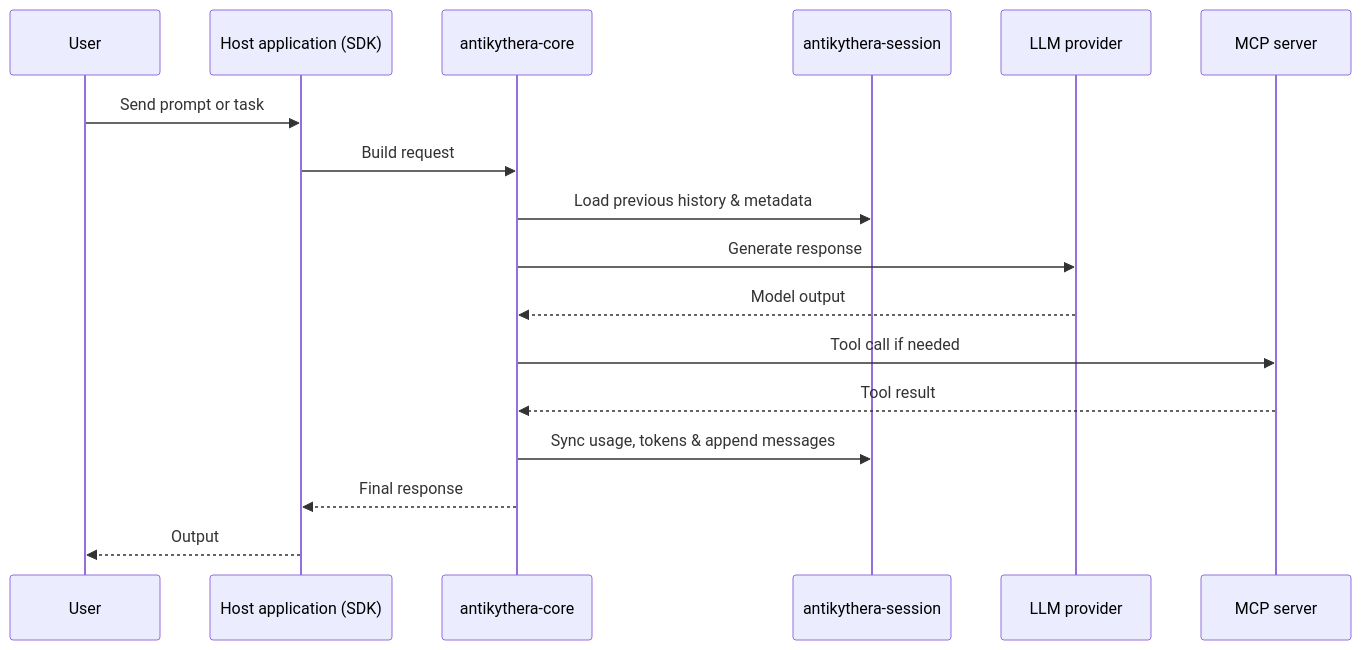
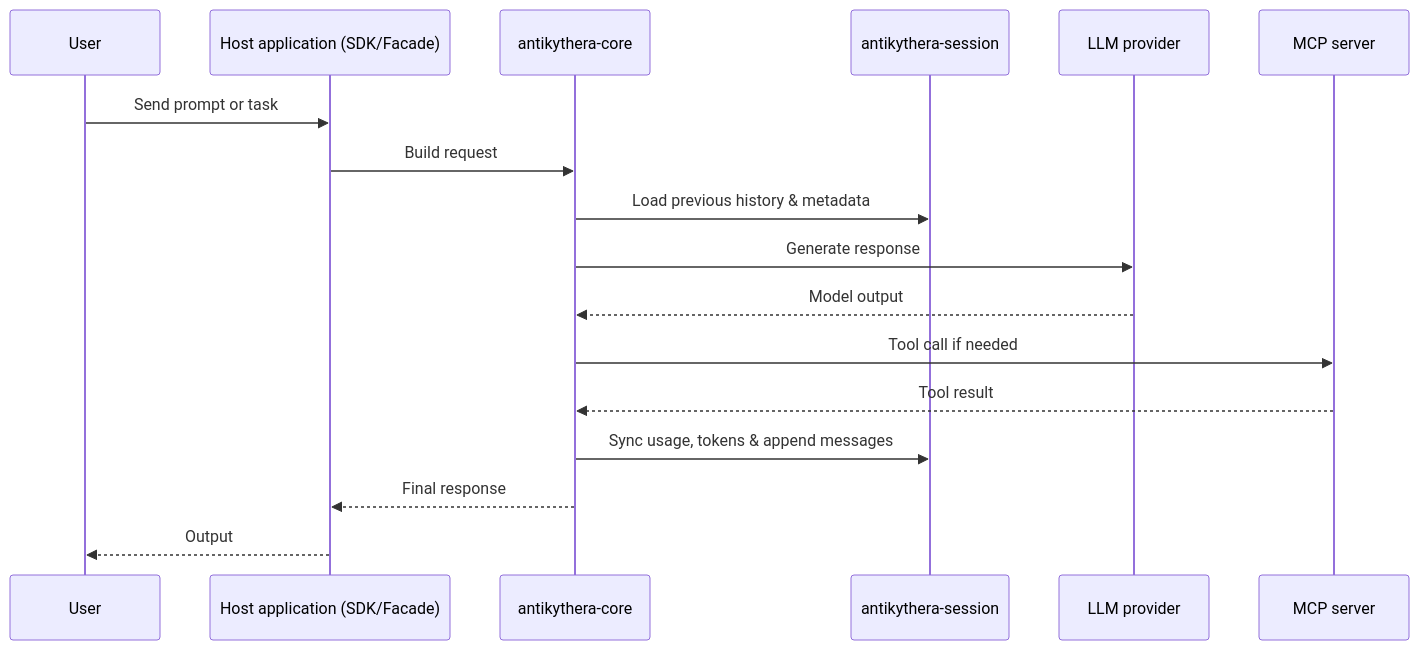
The second of 2 diagrams in documentation/ARCHITECTURE.md (tsfarizi/antikythera-mcp-framework), drawn with Mermaid before and after one commit. The commit also changed other lines of this file and 8 other files, not shown here.

Commit message:
feat: update documentation to reflect Antikythera Agent SDK branding and architecture changes

````diff
--- a/documentation/ARCHITECTURE.md
+++ b/documentation/ARCHITECTURE.md
@@ -50,20 +65,20 @@
 ```mermaid
 sequenceDiagram
     participant User
-    participant Host as Host application (SDK)
+    participant Host as Host application (SDK/Facade)
     participant Core as antikythera-core
     participant Session as antikythera-session
     participant Provider as LLM provider
     participant Server as MCP server
 
     User->>Host: Send prompt or task
     Host->>Core: Build request
     Core->>Session: Load previous history & metadata
     Core->>Provider: Generate response
     Provider-->>Core: Model output
     Core->>Server: Tool call if needed
     Server-->>Core: Tool result
     Core->>Session: Sync usage, tokens & append messages
     Core-->>Host: Final response
     Host-->>User: Output
 ```
````
